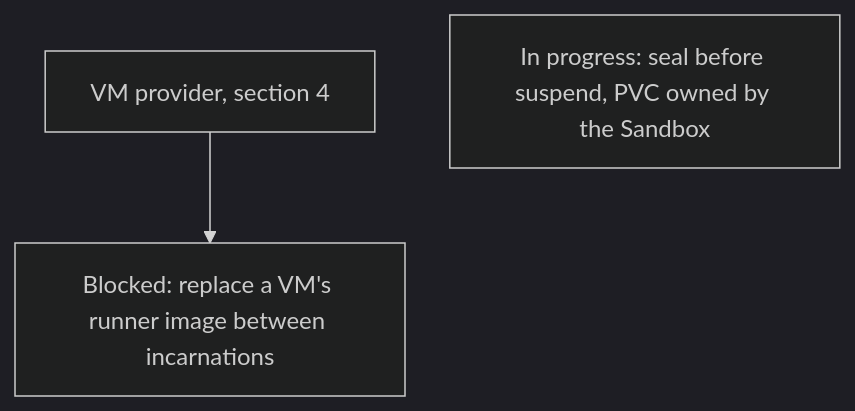
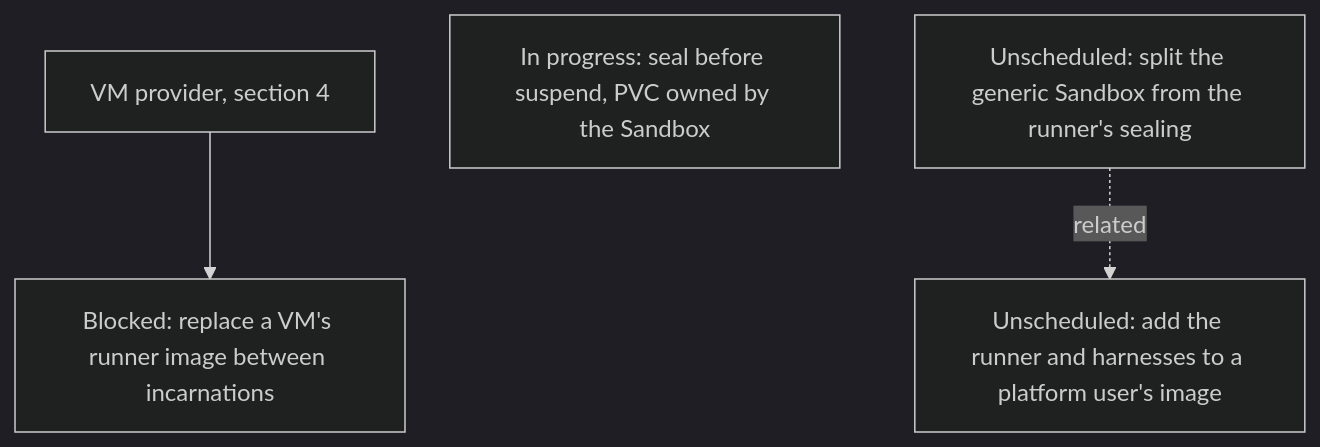
Before and after one commit to agentydragon-agent/ducktape: the tenth of 15 diagrams in agentplane/plans/task_dag.md, drawn with Mermaid (dark theme). The commit also changed other lines of this file and 2 other files, not shown here.

````diff
--- a/agentplane/plans/task_dag.md
+++ b/agentplane/plans/task_dag.md
@@ -674,5 +680,8 @@
 ```mermaid
 flowchart TD
     VM_PROVIDER[VM provider, section 4] --> SANDBOX_IMAGE_REPLACE[Blocked: replace a VM's runner image between incarnations]
     SANDBOX_LIFECYCLE[In progress: seal before suspend, PVC owned by the Sandbox]
+    SANDBOX_GENERIC_SPLIT[Unscheduled: split the generic Sandbox from the runner's sealing]
+    SANDBOX_RUNNER_LAYERING[Unscheduled: add the runner and harnesses to a platform user's image]
+    SANDBOX_GENERIC_SPLIT -. related .-> SANDBOX_RUNNER_LAYERING
 ```
````
